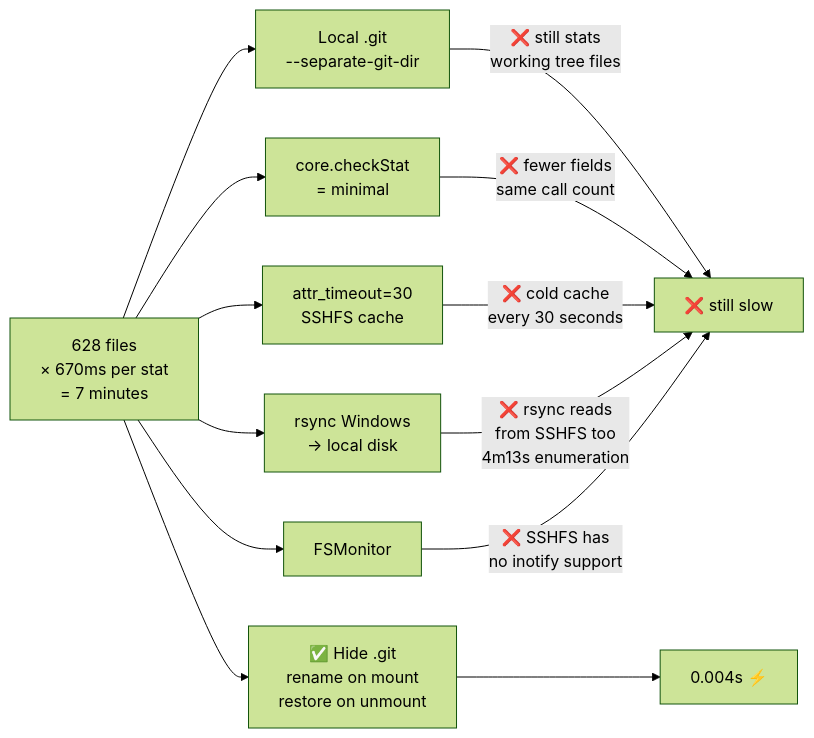
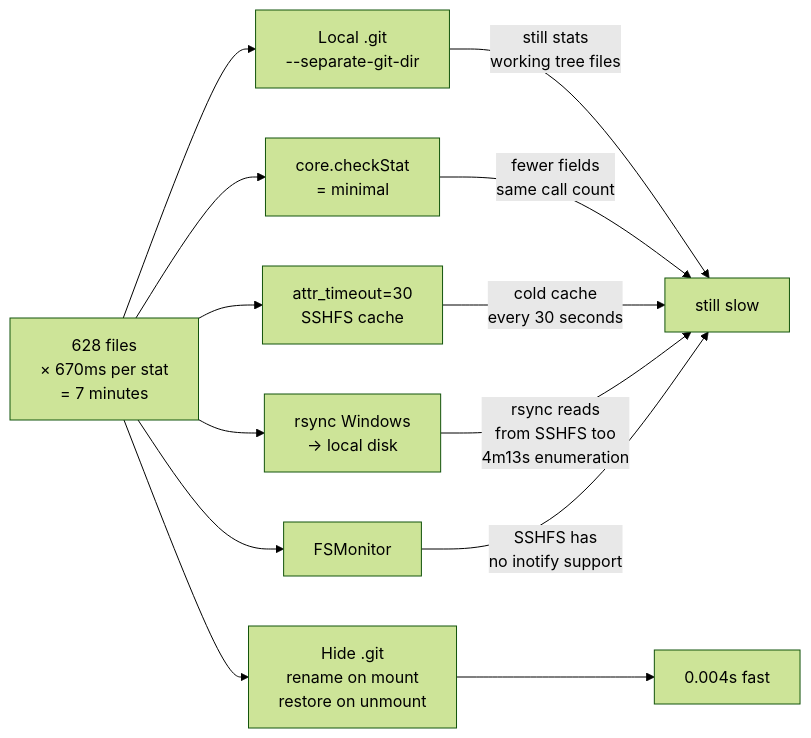
The fourth of 5 diagrams in docs/sshfs-performance.md (MmdNzhd/Claude-Server), drawn with Mermaid (forest theme) before and after one commit. The commit also changed other lines of this file and 74 other files, not shown here.

````diff
--- a/docs/sshfs-performance.md
+++ b/docs/sshfs-performance.md
@@ -106,24 +106,24 @@
 ```mermaid
 flowchart LR
     PROB["628 files\n× 670ms per stat\n= 7 minutes"]
 
     PROB --> A1["Local .git\n--separate-git-dir"]
-    A1 -->|❌ still stats\nworking tree files| FAIL
+    A1 -->|still stats\nworking tree files| FAIL
 
     PROB --> A2["core.checkStat\n= minimal"]
-    A2 -->|❌ fewer fields\nsame call count| FAIL
+    A2 -->|fewer fields\nsame call count| FAIL
 
     PROB --> A3["attr_timeout=30\nSSHFS cache"]
-    A3 -->|❌ cold cache\nevery 30 seconds| FAIL
+    A3 -->|cold cache\nevery 30 seconds| FAIL
 
     PROB --> A4["rsync Windows\n→ local disk"]
-    A4 -->|❌ rsync reads\nfrom SSHFS too\n4m13s enumeration| FAIL
+    A4 -->|rsync reads\nfrom SSHFS too\n4m13s enumeration| FAIL
 
     PROB --> A5["FSMonitor"]
-    A5 -->|❌ SSHFS has\nno inotify support| FAIL
+    A5 -->|SSHFS has\nno inotify support| FAIL
 
-    PROB --> SOL["✅ Hide .git\nrename on mount\nrestore on unmount"]
-    SOL --> WIN["0.004s ⚡"]
+    PROB --> SOL["Hide .git\nrename on mount\nrestore on unmount"]
+    SOL --> WIN["0.004s fast"]
 
-    FAIL["❌ still slow"]
+    FAIL["still slow"]
 ```
````
